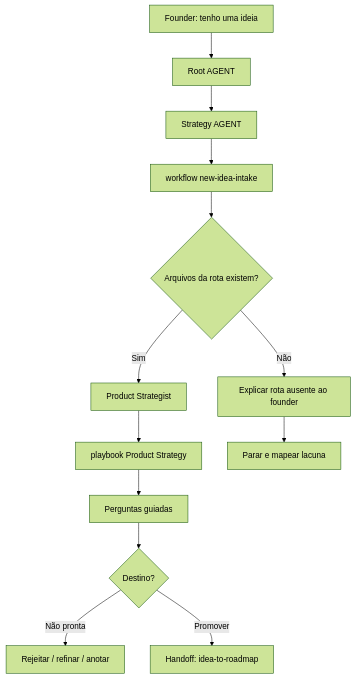
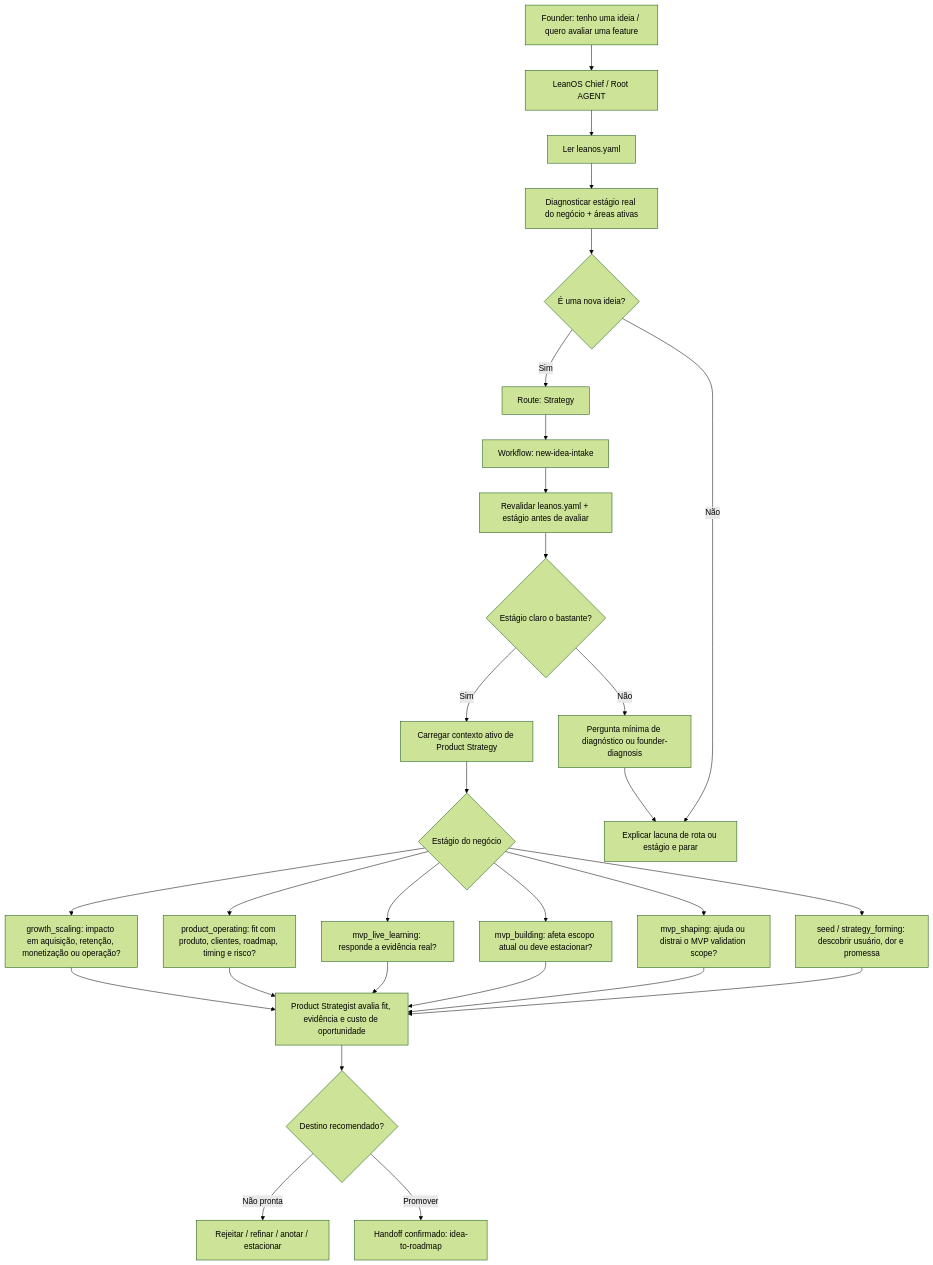
The diagram in docs/framework/founder-journeys/new-idea-intake.md (desousajhonny/leanOS), drawn with Mermaid (forest theme) before and after one commit. The commit also changed other lines of this file and 8 other files, not shown here.

Commit message:
docs: define business stages and idea intake checks

````diff
--- a/docs/framework/founder-journeys/new-idea-intake.md
+++ b/docs/framework/founder-journeys/new-idea-intake.md
@@ -22,22 +22,49 @@
 ```mermaid
 flowchart TD
-  A["Founder: tenho uma ideia"]
-  B["Root AGENT"]
-  C["Strategy AGENT"]
-  D["workflow new-idea-intake"]
-  E{"Arquivos da rota existem?"}
-  F["Product Strategist"]
-  G["playbook Product Strategy"]
-  H["Perguntas guiadas"]
-  I{"Destino?"}
-  J["Rejeitar / refinar / anotar"]
-  K["Handoff: idea-to-roadmap"]
-  L["Explicar rota ausente ao founder"]
-  M["Parar e mapear lacuna"]
+  A["Founder: tenho uma ideia / quero avaliar uma feature"]
+  B["LeanOS Chief / Root AGENT"]
+  C["Ler leanos.yaml"]
+  D["Diagnosticar estágio real do negócio + áreas ativas"]
+  E{"É uma nova ideia?"}
+  F["Route: Strategy"]
+  G["Workflow: new-idea-intake"]
+  H["Revalidar leanos.yaml + estágio antes de avaliar"]
+  I{"Estágio claro o bastante?"}
+  J["Pergunta mínima de diagnóstico ou founder-diagnosis"]
+  K["Carregar contexto ativo de Product Strategy"]
+  L{"Estágio do negócio"}
+  M["seed / strategy_forming: descobrir usuário, dor e promessa"]
+  N["mvp_shaping: ajuda ou distrai o MVP validation scope?"]
+  O["mvp_building: afeta escopo atual ou deve estacionar?"]
+  P["mvp_live_learning: responde a evidência real?"]
+  Q["product_operating: fit com produto, clientes, roadmap, timing e risco?"]
+  R["growth_scaling: impacto em aquisição, retenção, monetização ou operação?"]
+  S["Product Strategist avalia fit, evidência e custo de oportunidade"]
+  T{"Destino recomendado?"}
+  U["Rejeitar / refinar / anotar / estacionar"]
+  V["Handoff confirmado: idea-to-roadmap"]
+  W["Explicar lacuna de rota ou estágio e parar"]
 
   A --> B --> C --> D --> E
   E -->|Sim| F --> G --> H --> I
-  E -->|Não| L --> M
-  I -->|Não pronta| J
-  I -->|Promover| K
+  E -->|Não| W
+  I -->|Não| J
+  J --> W
+  I -->|Sim| K
+  K --> L
+  L --> M
+  M --> S
+  L --> N
+  N --> S
+  L --> O
+  O --> S
+  L --> P
+  P --> S
+  L --> Q
+  Q --> S
+  L --> R
+  R --> S
+  S --> T
+  T -->|Não pronta| U
+  T -->|Promover| V
 ```
````
